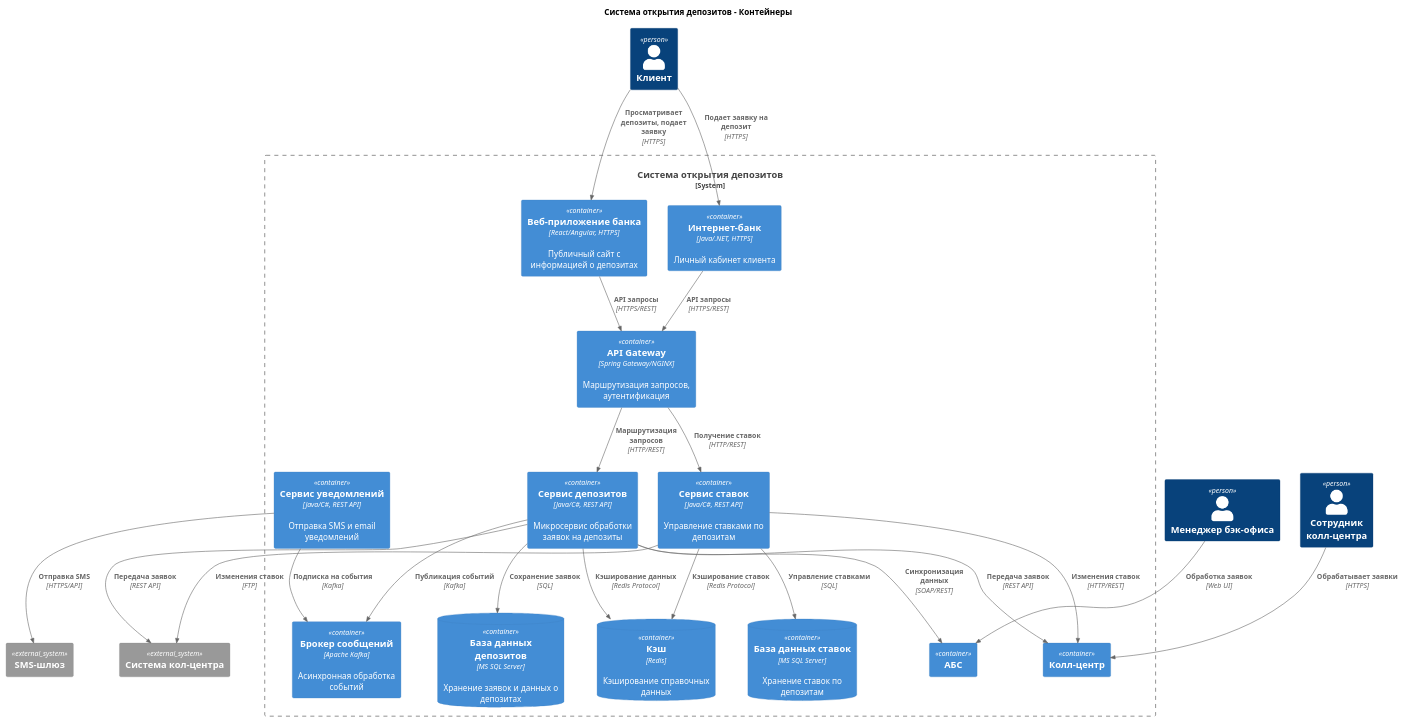
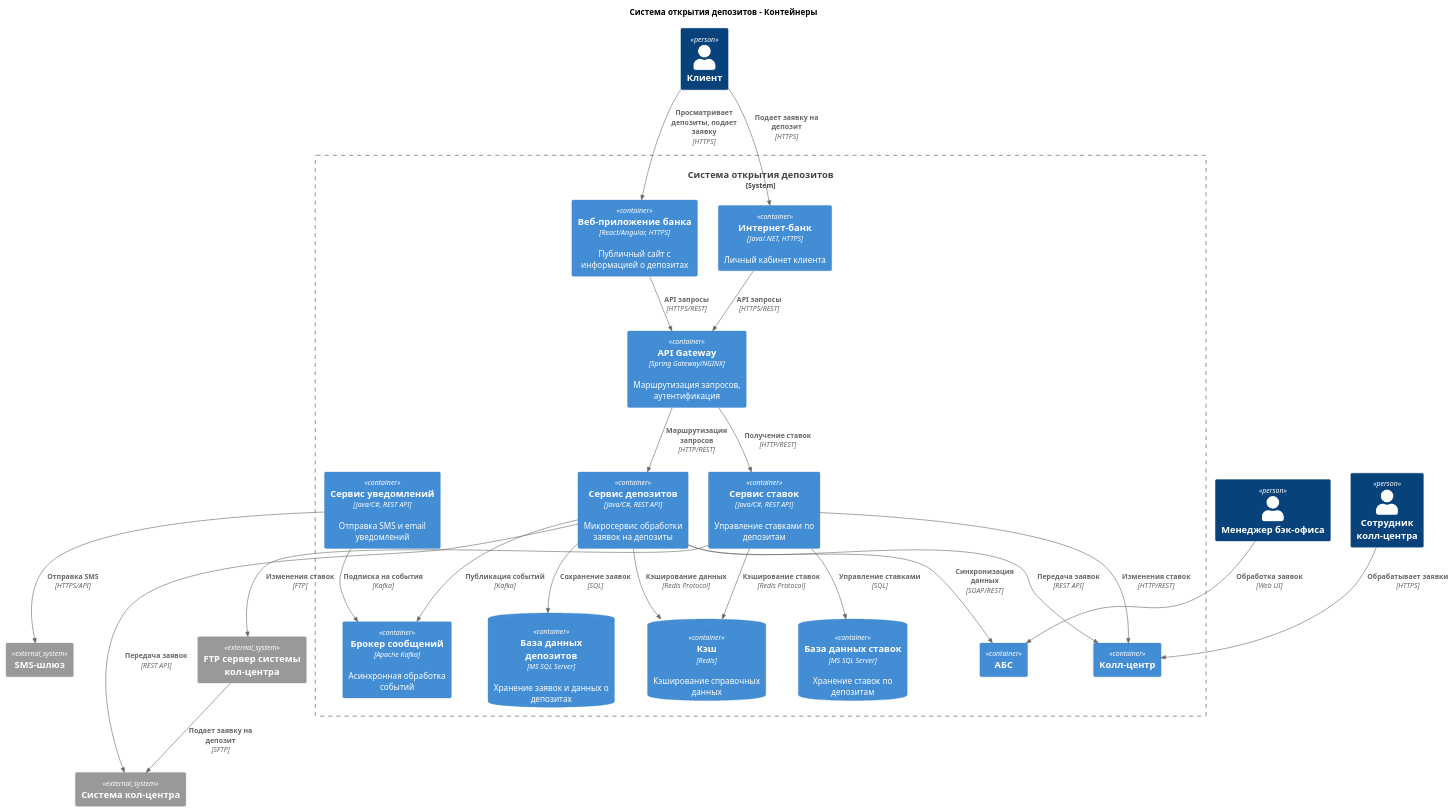
The diagram in Task4/containers.puml (fukpig/bank_arch), drawn with PlantUML before and after one commit. The commit also changed 4 other files, not shown here.

```diff
--- a/Task4/containers.puml
+++ b/Task4/containers.puml
@@ -1,66 +1,72 @@
 @startuml
 !include https://raw.githubusercontent.com/plantuml-stdlib/C4-PlantUML/master/C4_Container.puml
 
 title Система открытия депозитов - Контейнеры
 
 Person(new_client, "Клиент")
 Person(call_manager, "Сотрудник колл-центра")
 
 Person(back_office_manager, "Менеджер бэк-офиса")
 
 System_Boundary(deposit_system, "Система открытия депозитов") {
     Container(web_app, "Веб-приложение банка", "React/Angular, HTTPS", "Публичный сайт с информацией о депозитах")
     Container(internet_bank, "Интернет-банк", "Java/.NET, HTTPS", "Личный кабинет клиента")
     Container(api_gateway, "API Gateway", "Spring Gateway/NGINX", "Маршрутизация запросов, аутентификация")
     Container(abs_system, "АБС")
     Container(call_center, "Колл-центр")
 
 
     Container(deposit_service, "Сервис депозитов", "Java/C#, REST API", "Микросервис обработки заявок на депозиты")
     Container(notification_service, "Сервис уведомлений", "Java/C#, REST API", "Отправка SMS и email уведомлений")
     Container(rate_service, "Сервис ставок", "Java/C#, REST API", "Управление ставками по депозитам")
     
     ContainerDb(deposit_db, "База данных депозитов", "MS SQL Server", "Хранение заявок и данных о депозитах")
     ContainerDb(rate_db, "База данных ставок", "MS SQL Server", "Хранение ставок по депозитам")
     ContainerDb(cache, "Кэш", "Redis", "Кэширование справочных данных")
     
     Container(message_broker, "Брокер сообщений", "Apache Kafka", "Асинхронная обработка событий")
 }
 
 System_Ext(sms_gateway, "SMS-шлюз")
 System_Ext(call_center_system, "Система кол-центра")
+System_Ext(call_center_ftp, "FTP сервер системы кол-центра")
+
 
 Rel(new_client, web_app, "Просматривает депозиты, подает заявку", "HTTPS")
 Rel(new_client, internet_bank, "Подает заявку на депозит", "HTTPS")
+
+
+Rel(call_center_ftp, call_center_system, "Подает заявку на депозит", "SFTP")
+
 
 
 Rel(call_manager, call_center, "Обрабатывает заявки", "HTTPS")
 
 
 Rel(web_app, api_gateway, "API запросы", "HTTPS/REST")
 Rel(internet_bank, api_gateway, "API запросы", "HTTPS/REST")
 
 Rel(api_gateway, deposit_service, "Маршрутизация запросов", "HTTP/REST")
 Rel(api_gateway, rate_service, "Получение ставок", "HTTP/REST")
 
 Rel(deposit_service, deposit_db, "Сохранение заявок", "SQL")
 Rel(deposit_service, message_broker, "Публикация событий", "Kafka")
 Rel(deposit_service, cache, "Кэширование данных", "Redis Protocol")
 
 Rel(rate_service, rate_db, "Управление ставками", "SQL")
 Rel(rate_service, cache, "Кэширование ставок", "Redis Protocol")
 Rel(rate_service, call_center, "Изменения ставок", "HTTP/REST")
-Rel(rate_service, call_center_system, "Изменения ставок", "FTP")
+Rel(rate_service, call_center_ftp, "Изменения ставок", "FTP")
 
 
 
 Rel(notification_service, message_broker, "Подписка на события", "Kafka")
 Rel(notification_service, sms_gateway, "Отправка SMS", "HTTPS/API")
 
 Rel(deposit_service, abs_system, "Синхронизация данных", "SOAP/REST")
 Rel(deposit_service, call_center_system, "Передача заявок", "REST API")
 Rel(deposit_service, call_center, "Передача заявок", "REST API")
 
 
 Rel(back_office_manager, abs_system, "Обработка заявок", "Web UI")
 @enduml
```
